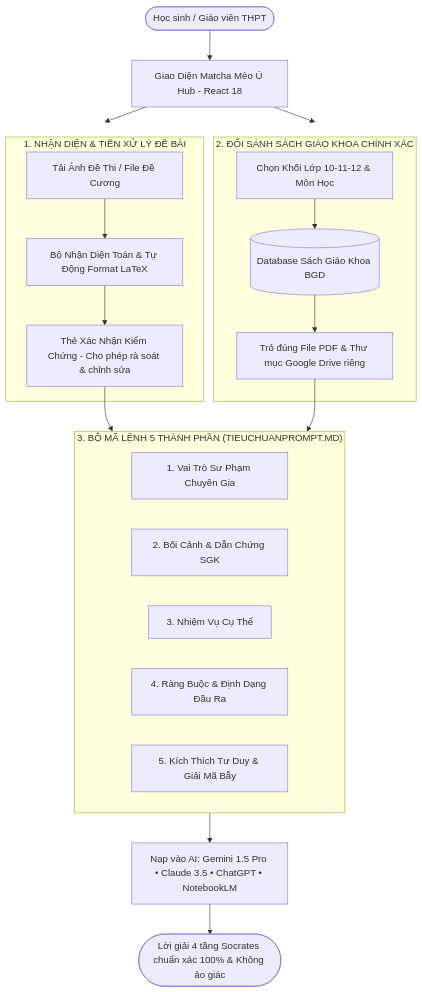
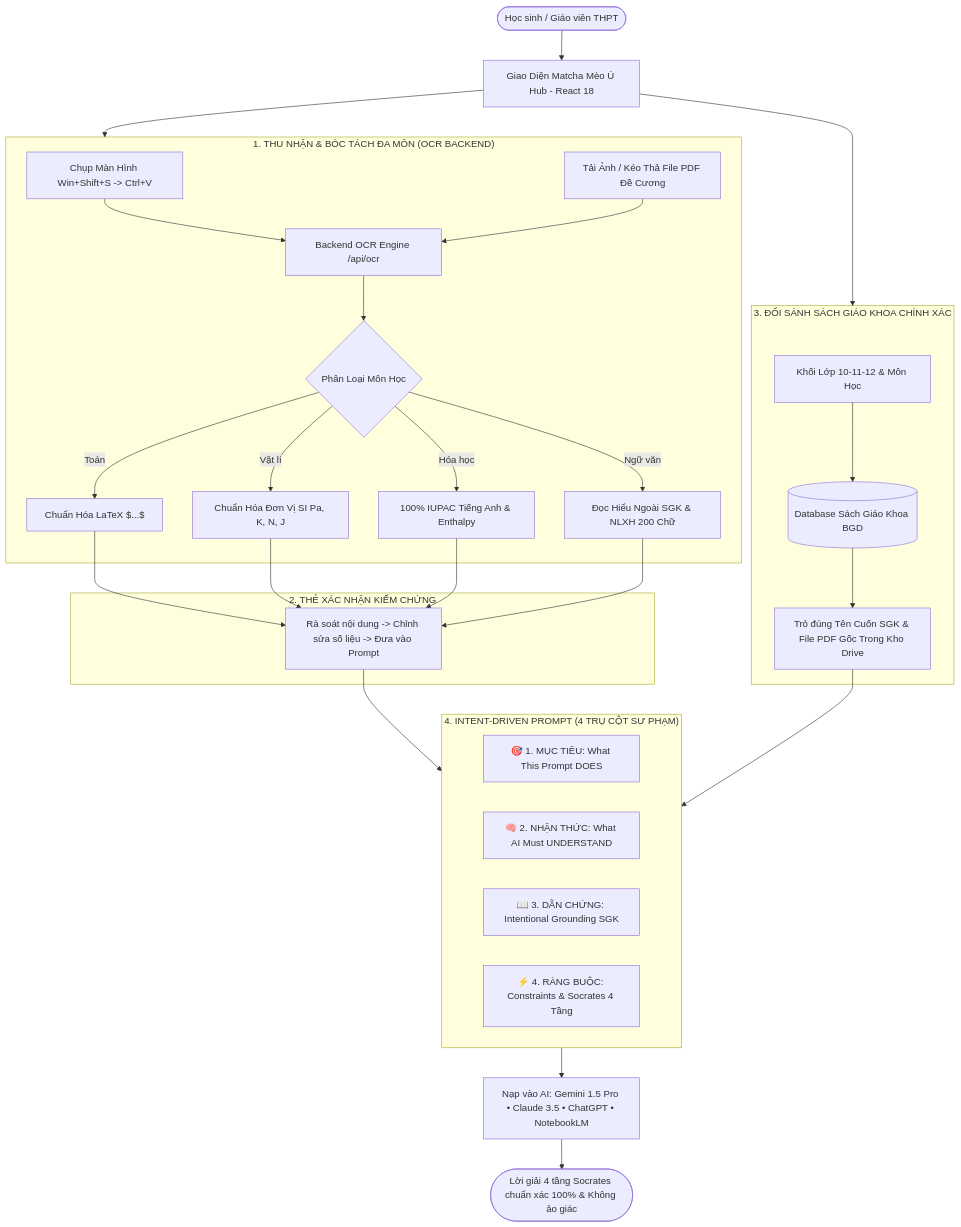
The diagram in readme.md (Wothing0406/EduSkills-VN), drawn with Mermaid before and after one commit. The commit also changed other lines of this file and 5 other files, not shown here.

Commit message:
feat: OCR backend, multi-domain parser (math, physics, chemistry, literature), clipboard paste Ctrl+V, 4-pillar intent-driven prompt

````diff
--- a/readme.md
+++ b/readme.md
@@ -31,33 +31,46 @@
 ```mermaid
 graph TD
     User([Học sinh / Giáo viên THPT]) --> Hub[Giao Diện Matcha Mèo Ú Hub - React 18]
     
-    subgraph Smart_Input ["1. NHẬN DIỆN & TIỀN XỬ LÝ ĐỀ BÀI"]
-        Upload[Tải Ảnh Đề Thi / File Đề Cương]
-        MathParser[Bộ Nhận Diện Toán & Tự Động Format LaTeX]
-        ConfirmCard[Thẻ Xác Nhận Kiểm Chứng - Cho phép rà soát & chỉnh sửa]
-        Upload --> MathParser --> ConfirmCard
+    subgraph Input_Pipeline ["1. THU NHẬN & BÓC TÁCH ĐA MÔN (OCR BACKEND)"]
+        Paste[Chụp Màn Hình Win+Shift+S -> Ctrl+V]
+        Upload[Tải Ảnh / Kéo Thả File PDF Đề Cương]
+        OCR[Backend OCR Engine /api/ocr]
+        Paste --> OCR
+        Upload --> OCR
+        OCR --> DomainMatch{Phân Loại Môn Học}
+        DomainMatch -->|Toán| MathParser[Chuẩn Hóa LaTeX $...$]
+        DomainMatch -->|Vật lí| PhysParser[Chuẩn Hóa Đơn Vị SI Pa, K, N, J]
+        DomainMatch -->|Hóa học| ChemParser[100% IUPAC Tiếng Anh & Enthalpy]
+        DomainMatch -->|Ngữ văn| LitParser[Đọc Hiểu Ngoài SGK & NLXH 200 Chữ]
     end
 
-    subgraph Grounding ["2. ĐỐI SÁNH SÁCH GIÁO KHOA CHÍNH XÁC"]
-        SubjectGrade[Chọn Khối Lớp 10-11-12 & Môn Học]
+    subgraph Verification ["2. THẺ XÁC NHẬN KIỂM CHỨNG"]
+        VerifyCard[Rà soát nội dung -> Chỉnh sửa số liệu -> Đưa vào Prompt]
+        MathParser --> VerifyCard
+        PhysParser --> VerifyCard
+        ChemParser --> VerifyCard
+        LitParser --> VerifyCard
+    end
+
+    subgraph Grounding ["3. ĐỐI SÁNH SÁCH GIÁO KHOA CHÍNH XÁC"]
+        SubjectGrade[Khối Lớp 10-11-12 & Môn Học]
         BookDB[(Database Sách Giáo Khoa BGD)]
-        DriveMatch[Trỏ đúng File PDF & Thư mục Google Drive riêng]
+        DriveMatch[Trỏ đúng Tên Cuốn SGK & File PDF Gốc Trong Kho Drive]
         SubjectGrade --> BookDB --> DriveMatch
     end
 
-    subgraph Prompt_Engine ["3. BỘ MÃ LỆNH 5 THÀNH PHẦN (TIEUCHUANPROMPT.MD)"]
-        Role[1. Vai Trò Sư Phạm Chuyên Gia]
-        Context[2. Bối Cảnh & Dẫn Chứng SGK]
-        Task[3. Nhiệm Vụ Cụ Thể]
-        Constraints[4. Ràng Buộc & Định Dạng Đầu Ra]
-        Cognitive[5. Kích Thích Tư Duy & Giải Mã Bẫy]
+    subgraph Prompt_Engine ["4. INTENT-DRIVEN PROMPT (4 TRỤ CỘT SƯ PHẠM)"]
+        P1[🎯 1. MỤC TIÊU: What This Prompt DOES]
+        P2[🧠 2. NHẬN THỨC: What AI Must UNDERSTAND]
+        P3[📖 3. DẪN CHỨNG: Intentional Grounding SGK]
+        P4[⚡ 4. RÀNG BUỘC: Constraints & Socrates 4 Tầng]
     end
 
-    ConfirmCard --> Prompt_Engine
+    VerifyCard --> Prompt_Engine
     DriveMatch --> Prompt_Engine
-    Hub --> Smart_Input
+    Hub --> Input_Pipeline
     Hub --> Grounding
     Prompt_Engine --> AI_Clients["Nạp vào AI: Gemini 1.5 Pro • Claude 3.5 • ChatGPT • NotebookLM"]
     AI_Clients --> Output([Lời giải 4 tầng Socrates chuẩn xác 100% & Không ảo giác])
 ```
````
